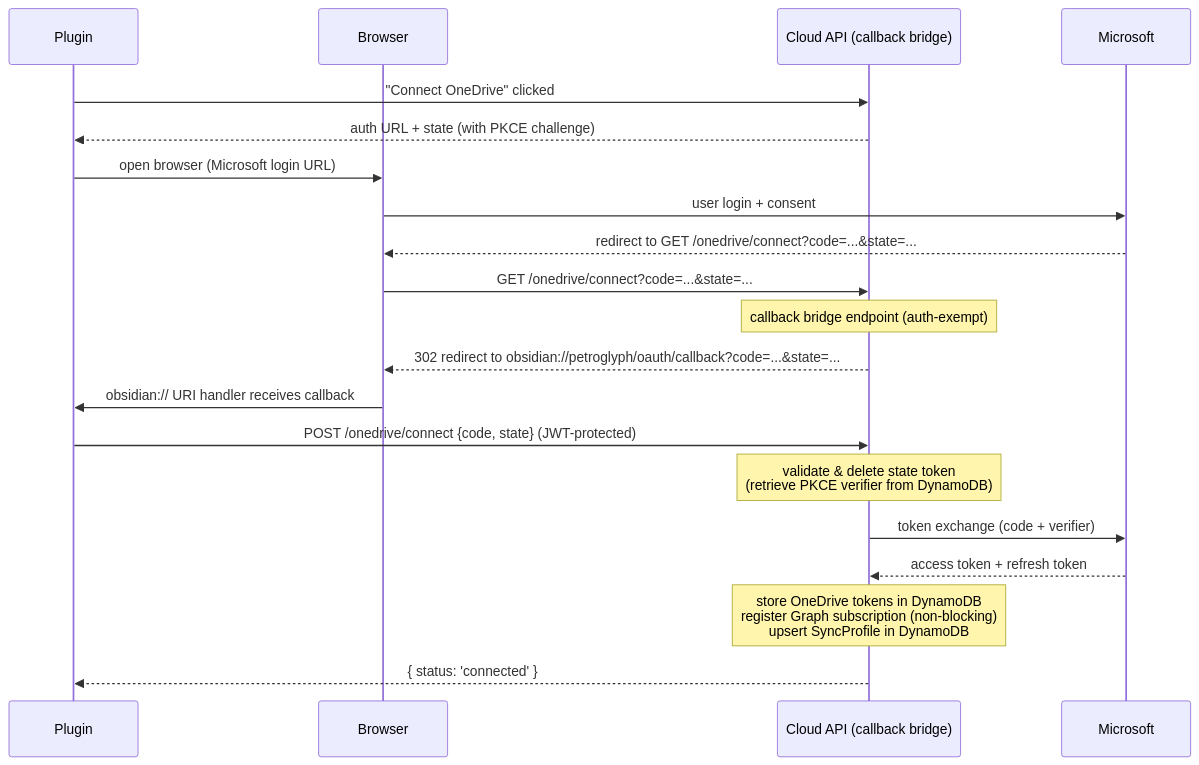
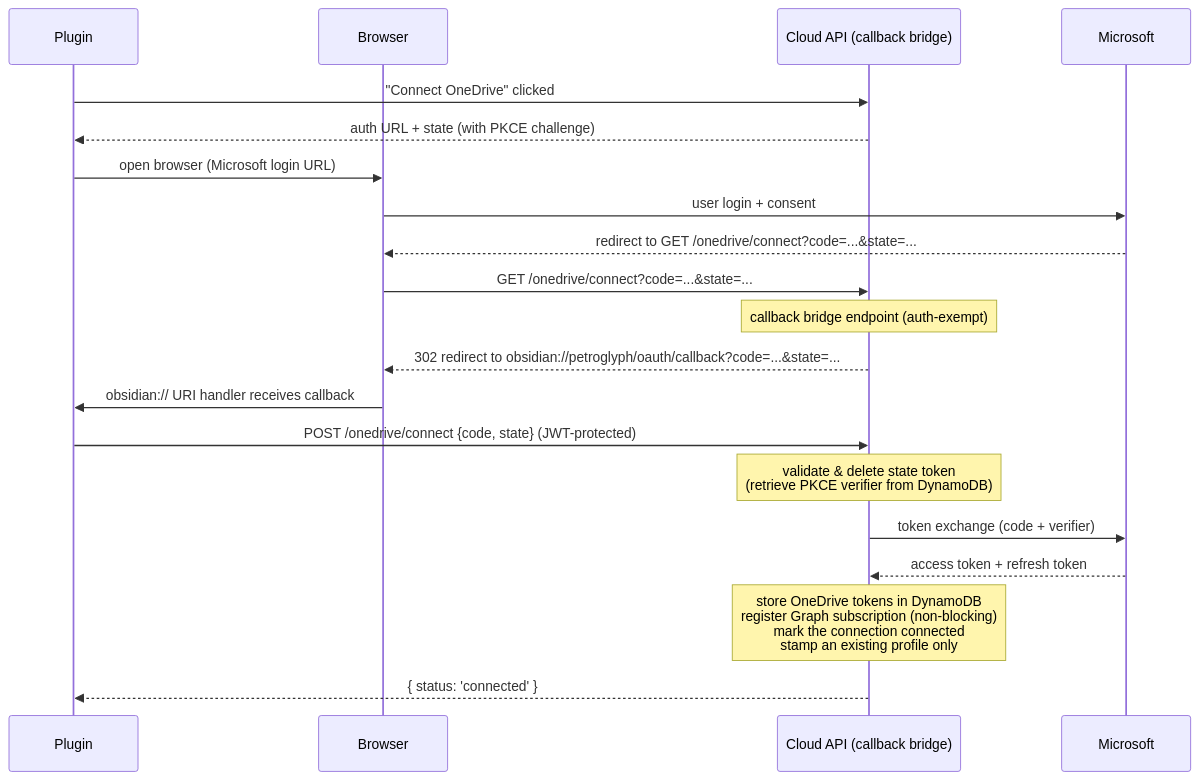
One commit to jaybeeuu/petroglyph changed the second of 3 diagrams in docs/authentication.md. Above: the diagram before and after it, drawn with Mermaid. The commit also changed other lines of this file and 13 other files, not shown here.

First line of the commit message:
code(petroglyph-bw3p): stop creating a sync profile on OneDrive connect

````diff
--- a/docs/authentication.md
+++ b/docs/authentication.md
@@ -198,23 +200,23 @@
 ```mermaid
 sequenceDiagram
     participant Plugin
     participant Browser
     participant CloudAPI as Cloud API (callback bridge)
     participant Microsoft
 
     Plugin->>CloudAPI: "Connect OneDrive" clicked
     CloudAPI-->>Plugin: auth URL + state (with PKCE challenge)
     Plugin->>Browser: open browser (Microsoft login URL)
     Browser->>Microsoft: user login + consent
     Microsoft-->>Browser: redirect to GET /onedrive/connect?code=...&state=...
     Browser->>CloudAPI: GET /onedrive/connect?code=...&state=...
     Note over CloudAPI: callback bridge endpoint (auth-exempt)
     CloudAPI-->>Browser: 302 redirect to obsidian://petroglyph/oauth/callback?code=...&state=...
     Browser->>Plugin: obsidian:// URI handler receives callback
     Plugin->>CloudAPI: POST /onedrive/connect {code, state} (JWT-protected)
     Note over CloudAPI: validate & delete state token<br/>(retrieve PKCE verifier from DynamoDB)
     CloudAPI->>Microsoft: token exchange (code + verifier)
     Microsoft-->>CloudAPI: access token + refresh token
-    Note over CloudAPI: store OneDrive tokens in DynamoDB<br/>register Graph subscription (non-blocking)<br/>upsert SyncProfile in DynamoDB
+    Note over CloudAPI: store OneDrive tokens in DynamoDB<br/>register Graph subscription (non-blocking)<br/>mark the connection connected<br/>stamp an existing profile only
     CloudAPI-->>Plugin: { status: 'connected' }
 ```
````
